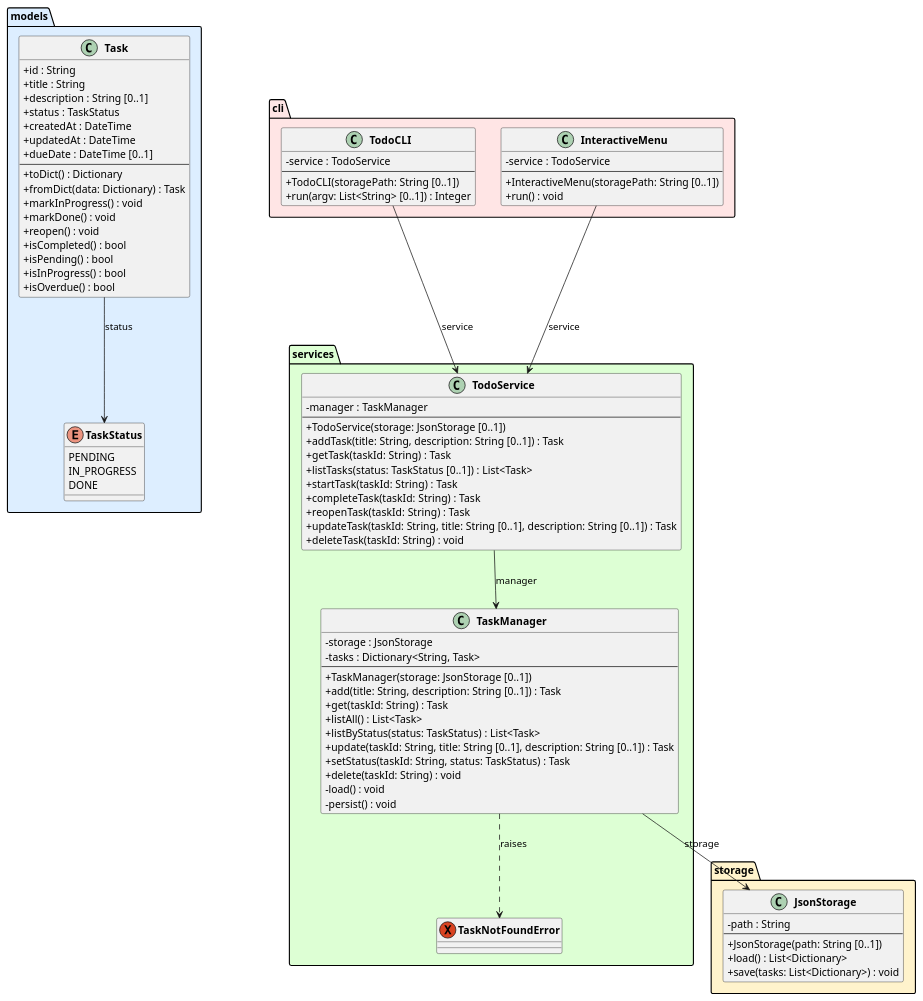
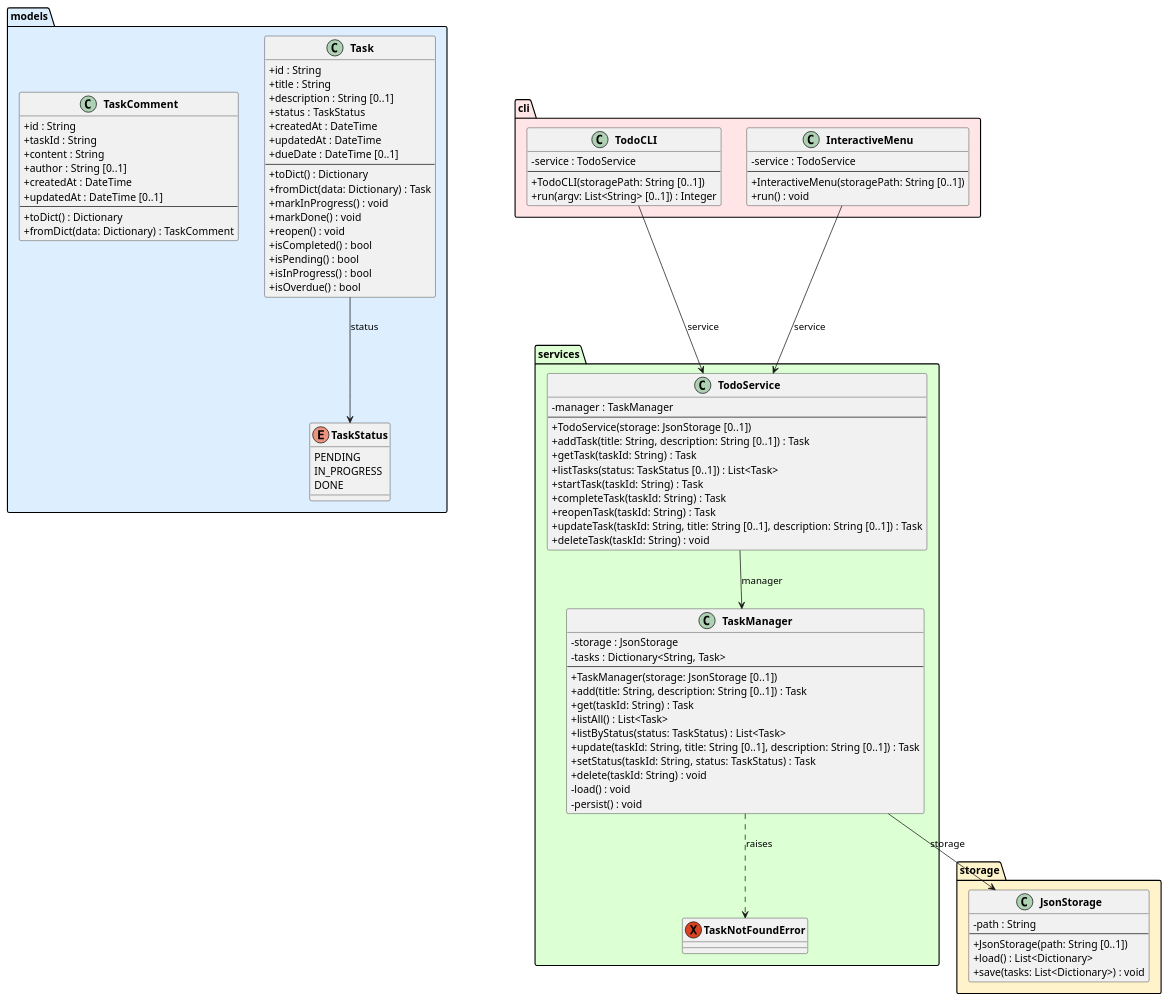
The diagram in experiments/broadcast/test_driven/TODO/artifacts/class_diagram.puml (DanielRiha8906/Software_autoevolution_using_agents), drawn with PlantUML before and after one commit. The commit also changed 4 other files, not shown here.

First line of the commit message:
task 03 | broadcast / test_driven / TODO: implement TaskComment domain class

```diff
--- a/experiments/broadcast/test_driven/TODO/artifacts/class_diagram.puml
+++ b/experiments/broadcast/test_driven/TODO/artifacts/class_diagram.puml
@@ -1,101 +1,113 @@
 @startuml class_diagram
 
 skinparam classAttributeIconSize 0
 skinparam classFontStyle bold
 
 package "models" #DDEEFF {
     enum TaskStatus {
         PENDING
         IN_PROGRESS
         DONE
     }
 
     class Task {
         +id : String
         +title : String
         +description : String [0..1]
         +status : TaskStatus
         +createdAt : DateTime
         +updatedAt : DateTime
         +dueDate : DateTime [0..1]
         --
         +toDict() : Dictionary
         +fromDict(data: Dictionary) : Task
         +markInProgress() : void
         +markDone() : void
         +reopen() : void
         +isCompleted() : bool
         +isPending() : bool
         +isInProgress() : bool
         +isOverdue() : bool
+    }
+
+    class TaskComment {
+        +id : String
+        +taskId : String
+        +content : String
+        +author : String [0..1]
+        +createdAt : DateTime
+        +updatedAt : DateTime [0..1]
+        --
+        +toDict() : Dictionary
+        +fromDict(data: Dictionary) : TaskComment
     }
 }
 
 package "storage" #FFF3CC {
     class JsonStorage {
         -path : String
         --
         +JsonStorage(path: String [0..1])
         +load() : List<Dictionary>
         +save(tasks: List<Dictionary>) : void
     }
 }
 
 package "services" #DDFFD4 {
     exception TaskNotFoundError
 
     class TaskManager {
         -storage : JsonStorage
         -tasks : Dictionary<String, Task>
         --
         +TaskManager(storage: JsonStorage [0..1])
         +add(title: String, description: String [0..1]) : Task
         +get(taskId: String) : Task
         +listAll() : List<Task>
         +listByStatus(status: TaskStatus) : List<Task>
         +update(taskId: String, title: String [0..1], description: String [0..1]) : Task
         +setStatus(taskId: String, status: TaskStatus) : Task
         +delete(taskId: String) : void
         -load() : void
         -persist() : void
     }
 
     class TodoService {
         -manager : TaskManager
         --
         +TodoService(storage: JsonStorage [0..1])
         +addTask(title: String, description: String [0..1]) : Task
         +getTask(taskId: String) : Task
         +listTasks(status: TaskStatus [0..1]) : List<Task>
         +startTask(taskId: String) : Task
         +completeTask(taskId: String) : Task
         +reopenTask(taskId: String) : Task
         +updateTask(taskId: String, title: String [0..1], description: String [0..1]) : Task
         +deleteTask(taskId: String) : void
     }
 }
 
 package "cli" #FFE5E5 {
     class TodoCLI {
         -service : TodoService
         --
         +TodoCLI(storagePath: String [0..1])
         +run(argv: List<String> [0..1]) : Integer
     }
 
     class InteractiveMenu {
         -service : TodoService
         --
         +InteractiveMenu(storagePath: String [0..1])
         +run() : void
     }
 }
 
 Task --> TaskStatus : status
 TaskManager --> JsonStorage : storage
 TaskManager ..> TaskNotFoundError : raises
 TodoService --> TaskManager : manager
 TodoCLI --> TodoService : service
 InteractiveMenu --> TodoService : service
 
 @enduml
```
